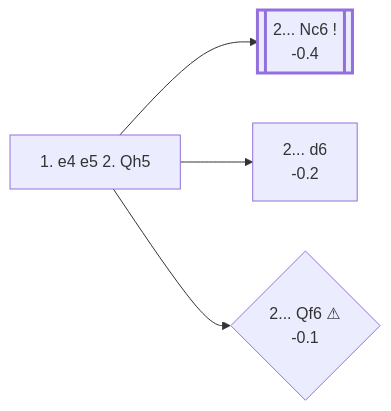
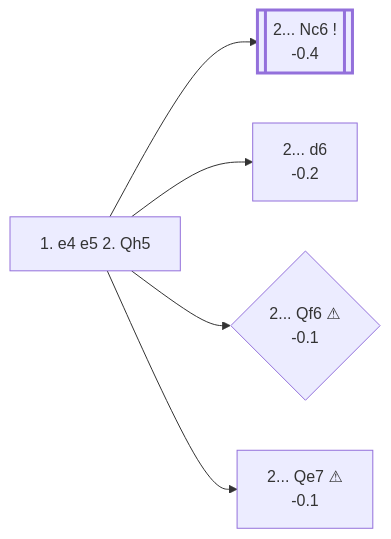
Before and after one commit to onclemarcel/chess_flashcards: the diagram in e4_openings/C20_Qh5_Wayward_Queen.md, drawn with Mermaid. The commit also changed other lines of this file and 3 other files, not shown here.

````diff
--- a/e4_openings/C20_Qh5_Wayward_Queen.md
+++ b/e4_openings/C20_Qh5_Wayward_Queen.md
@@ -12,14 +12,16 @@
 ```mermaid
 flowchart LR
     classDef main stroke-width:3px;
 
     Qh5["1. e4 e5 2. Qh5"]
     click Qh5 "#_initial_move_" "C20 · Wayward Queen Attack"
 
     Qh5 --> Nc6[["2... Nc6 !<br/>-0.4"]]:::main
     click Nc6 "#_Nc6_" "C20 · Wayward Queen Attack"
     Qh5 --> d6["2... d6<br/>-0.2"]
     click d6 "#_d6_" "C20 · Wayward Queen Attack"
     Qh5 --> Qf6{"2... Qf6 ⚠<br/>-0.1"}
     click Qf6 "#_Qf6_" "C20 · Wayward Queen Attack"
+    Qh5 --> Qe7["2... Qe7 ⚠<br/>-0.1"]
+    click Qe7 "#_Qe7_" "C20 · Wayward Queen Attack"
 ```
````
